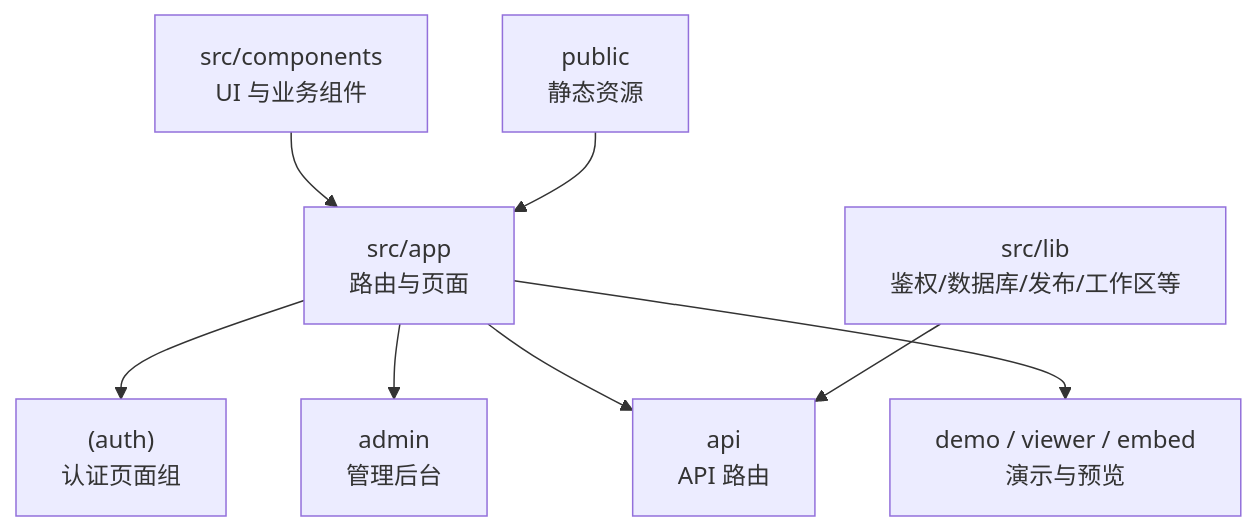
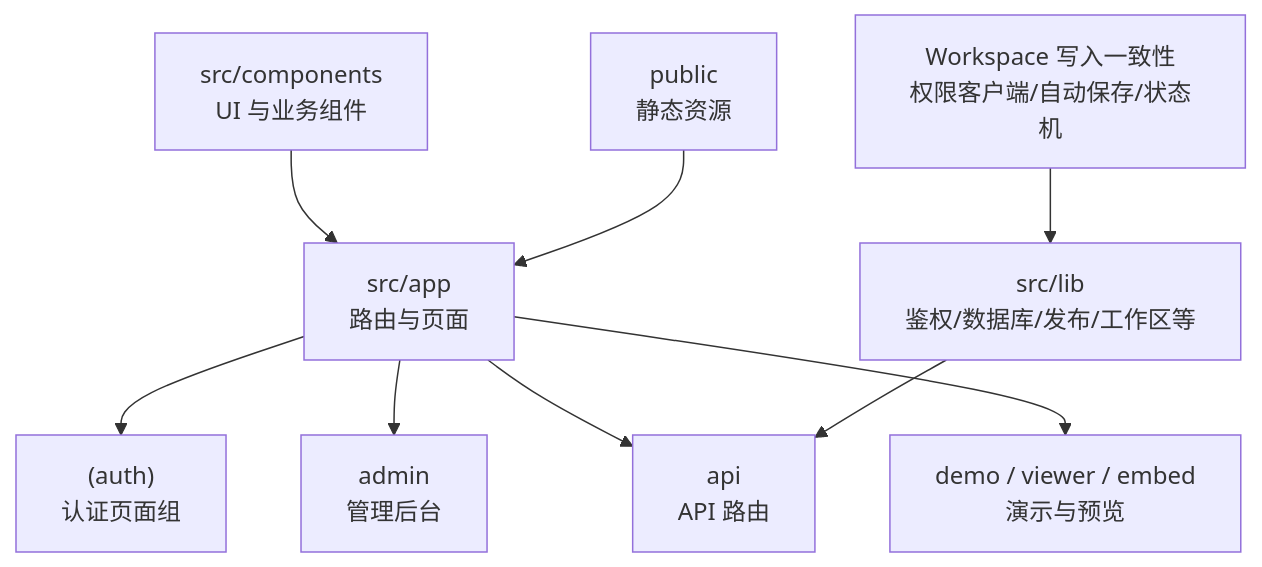
The first of 14 diagrams in .qoder/repowiki/zh/content/前端应用/创作端应用 (Author Site)/创作端应用 (Author Site).md (qihaogithub/workbench), drawn with Mermaid before and after one commit. The commit also changed other lines of this file and 448 other files, not shown here.

````diff
--- a/.qoder/repowiki/zh/content/前端应用/创作端应用 (Author Site)/创作端应用 (Author Site).md
+++ b/.qoder/repowiki/zh/content/前端应用/创作端应用 (Author Site)/创作端应用 (Author Site).md
@@ -46,10 +61,11 @@
 ```mermaid
 graph TB
 A["src/app<br/>路由与页面"] --> B["(auth)<br/>认证页面组"]
 A --> C["admin<br/>管理后台"]
 A --> D["api<br/>API 路由"]
 A --> E["demo / viewer / embed<br/>演示与预览"]
 F["src/components<br/>UI 与业务组件"] --> A
 G["src/lib<br/>鉴权/数据库/发布/工作区等"] --> D
 H["public<br/>静态资源"] --> A
+I["Workspace 写入一致性<br/>权限客户端/自动保存/状态机"] --> G
 ```
````
